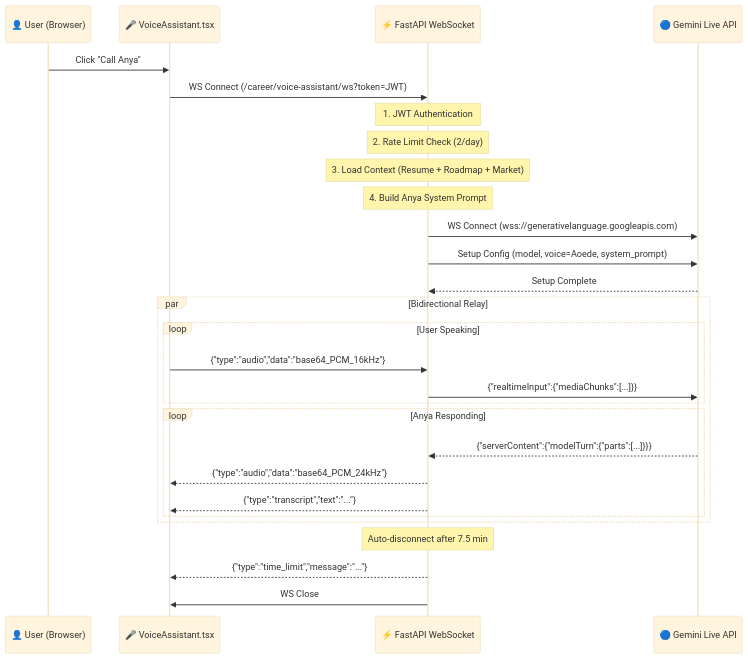
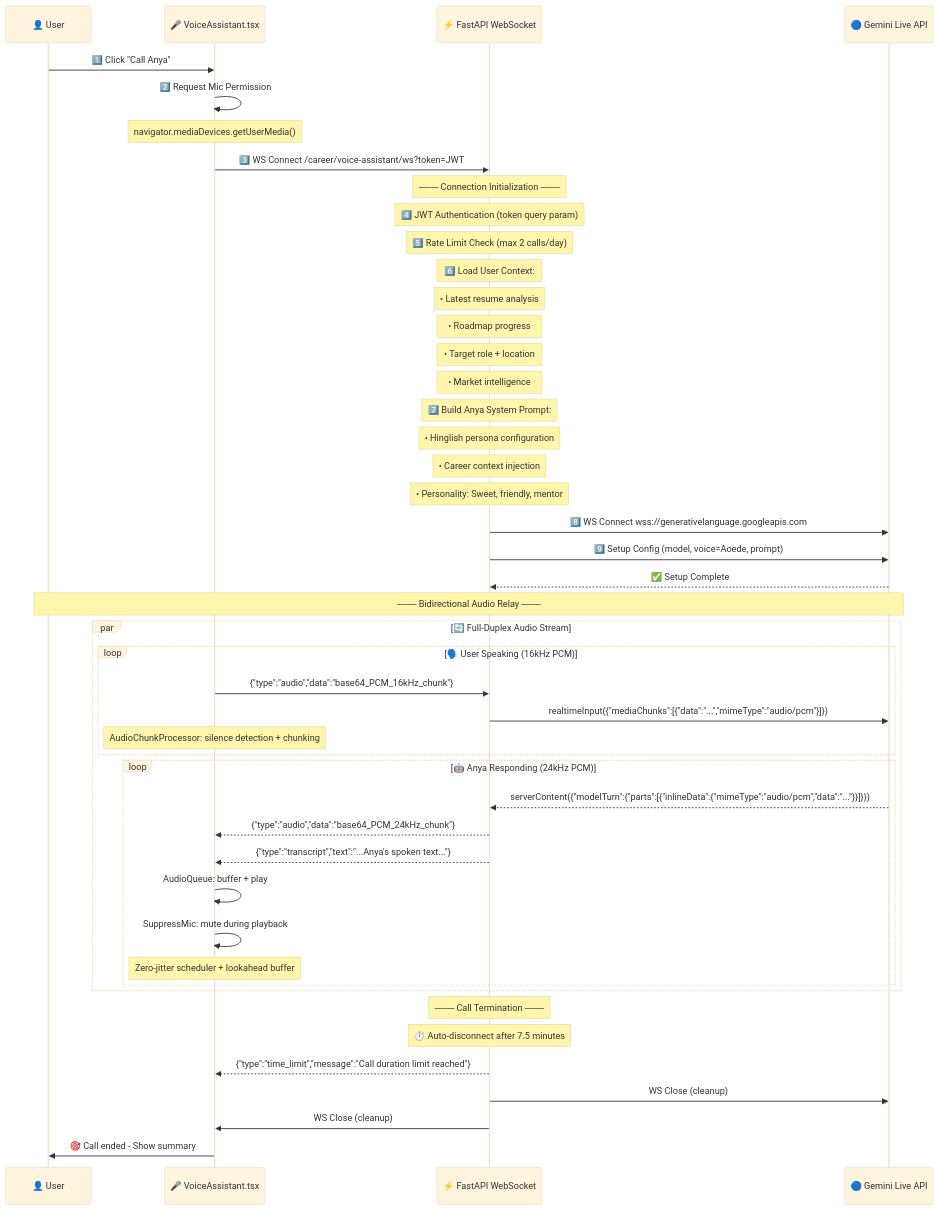
One commit to Anil-Pradhan-web/ai-career-mentor changed the ninth of 36 diagrams in ARCHITECTURE.md. Above: the diagram before and after it, drawn with Mermaid (base theme). The commit also changed other lines of this file and 3 other files, not shown here.

Commit message:
docs: upgrade README, ARCHITECTURE, SYSTEM, API docs to professional high-level design with emojis, diagrams, and detailed explanations

````diff
--- a/ARCHITECTURE.md
+++ b/ARCHITECTURE.md
@@ -216,36 +455,56 @@
 ```mermaid
 sequenceDiagram
-    participant User as 👤 User (Browser)
-    participant Client as 🎤 VoiceAssistant.tsx
-    participant Backend as ⚡ FastAPI WebSocket
-    participant Gemini as 🔵 Gemini Live API
+    participant U as 👤 User
+    participant C as 🎤 VoiceAssistant.tsx
+    participant B as ⚡ FastAPI WebSocket
+    participant G as 🔵 Gemini Live API
 
-    User->>Client: Click "Call Anya"
-    Client->>Backend: WS Connect (/career/voice-assistant/ws?token=JWT)
+    U->>C: 1️⃣ Click "Call Anya"
+    C->>C: 2️⃣ Request Mic Permission
+    Note over C: navigator.mediaDevices.getUserMedia()
     
-    Note over Backend: 1. JWT Authentication
-    Note over Backend: 2. Rate Limit Check (2/day)
-    Note over Backend: 3. Load Context (Resume + Roadmap + Market)
-    Note over Backend: 4. Build Anya System Prompt
+    C->>B: 3️⃣ WS Connect /career/voice-assistant/ws?token=JWT
     
-    Backend->>Gemini: WS Connect (wss://generativelanguage.googleapis.com)
-    Backend->>Gemini: Setup Config (model, voice=Aoede, system_prompt)
-    Gemini-->>Backend: Setup Complete
-
-    par Bidirectional Relay
-        loop User Speaking
-            Client->>Backend: {"type":"audio","data":"base64_PCM_16kHz"}
-            Backend->>Gemini: {"realtimeInput":{"mediaChunks":[...]}}
+    Note over B: ─── Connection Initialization ───
+    Note over B: 4️⃣ JWT Authentication (token query param)
+    Note over B: 5️⃣ Rate Limit Check (max 2 calls/day)
+    Note over B: 6️⃣ Load User Context:
+    Note over B:    • Latest resume analysis
+    Note over B:    • Roadmap progress
+    Note over B:    • Target role + location
+    Note over B:    • Market intelligence
+    Note over B: 7️⃣ Build Anya System Prompt:
+    Note over B:    • Hinglish persona configuration
+    Note over B:    • Career context injection
+    Note over B:    • Personality: Sweet, friendly, mentor
+    
+    B->>G: 8️⃣ WS Connect wss://generativelanguage.googleapis.com
+    B->>G: 9️⃣ Setup Config (model, voice=Aoede, prompt)
+    G-->>B: ✅ Setup Complete
+    
+    Note over U,G: ─── Bidirectional Audio Relay ───
+    
+    par 🔄 Full-Duplex Audio Stream
+        loop 🗣️ User Speaking (16kHz PCM)
+            C->>B: {"type":"audio","data":"base64_PCM_16kHz_chunk"}
+            B->>G: realtimeInput({"mediaChunks":[{"data":"...","mimeType":"audio/pcm"}]})
+            Note over C: AudioChunkProcessor: silence detection + chunking
         end
         
-        loop Anya Responding
-            Gemini-->>Backend: {"serverContent":{"modelTurn":{"parts":[...]}}}
-            Backend-->>Client: {"type":"audio","data":"base64_PCM_24kHz"}
-            Backend-->>Client: {"type":"transcript","text":"..."}
+        loop 🤖 Anya Responding (24kHz PCM)
+            G-->>B: serverContent({"modelTurn":{"parts":[{"inlineData":{"mimeType":"audio/pcm","data":"..."}}]}})
+            B-->>C: {"type":"audio","data":"base64_PCM_24kHz_chunk"}
+            B-->>C: {"type":"transcript","text":"...Anya's spoken text..."}
+            C->>C: AudioQueue: buffer + play
+            C->>C: SuppressMic: mute during playback
+            Note over C: Zero-jitter scheduler + lookahead buffer
         end
     end
-
-    Note over Backend: Auto-disconnect after 7.5 min
-    Backend-->>Client: {"type":"time_limit","message":"..."}
-    Backend->>Client: WS Close
+    
+    Note over B: ─── Call Termination ───
+    Note over B: ⏱️ Auto-disconnect after 7.5 minutes
+    B-->>C: {"type":"time_limit","message":"Call duration limit reached"}
+    B->>G: WS Close (cleanup)
+    B->>C: WS Close (cleanup)
+    C->>U: 🎯 Call ended - Show summary
 ```
````
